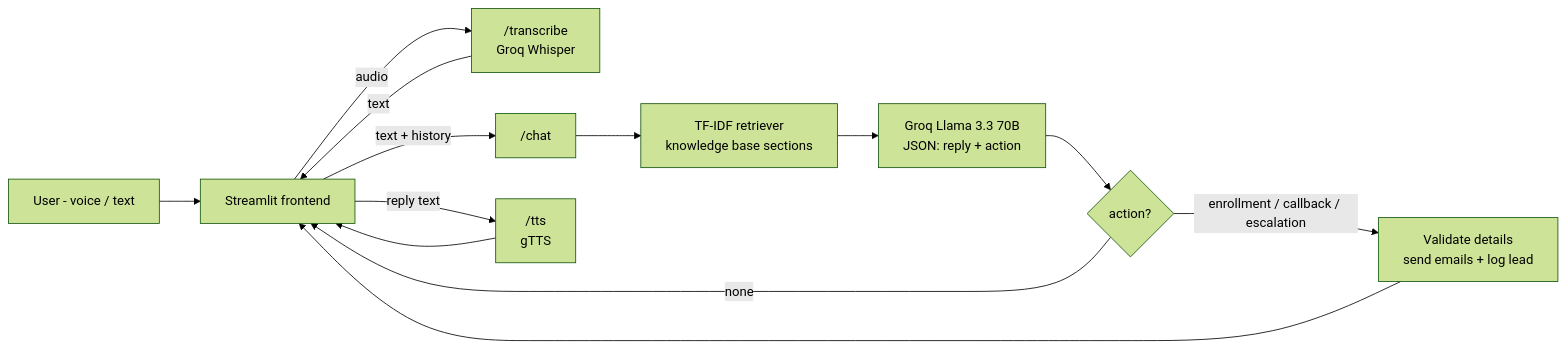
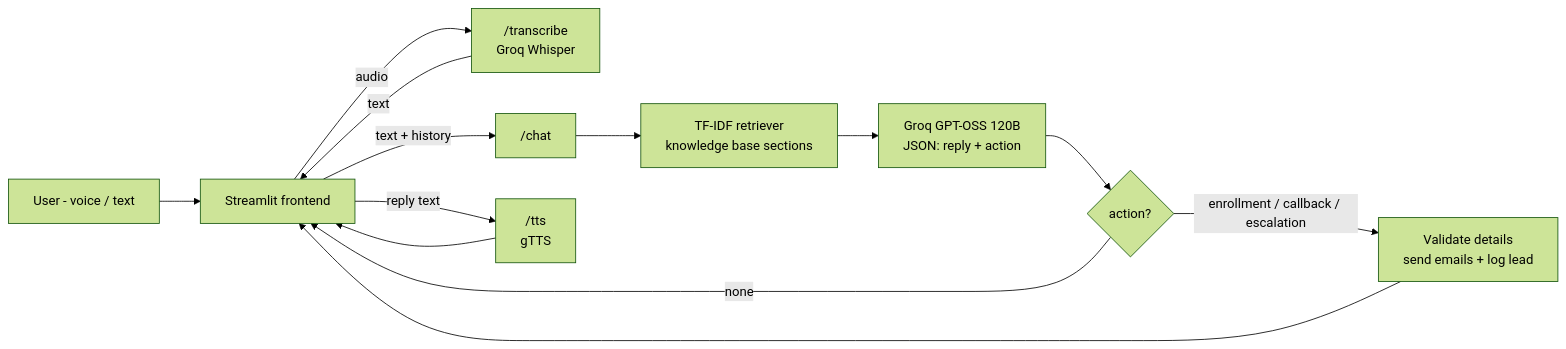
One commit to Pragatheswar-72/evo11ve-voice-assistant changed the diagram in README.md. Above: the diagram before and after it, drawn with Mermaid (forest theme). The commit also changed other lines of this file and 1 other file, not shown here.

Commit message:
Switch to gpt-oss-120b (llama-3.3-70b retired on Groq)

````diff
--- a/README.md
+++ b/README.md
@@ -28,13 +28,13 @@
 ```mermaid
 flowchart LR
     U[User - voice / text] --> S[Streamlit frontend]
     S -- audio --> T["/transcribe<br/>Groq Whisper"] -- text --> S
     S -- text + history --> C["/chat"]
     C --> R[TF-IDF retriever<br/>knowledge base sections]
-    R --> L[Groq Llama 3.3 70B<br/>JSON: reply + action]
+    R --> L[Groq GPT-OSS 120B<br/>JSON: reply + action]
     L --> V{action?}
     V -- none --> S
     V -- enrollment / callback / escalation --> E[Validate details<br/>send emails + log lead]
     E --> S
     S -- reply text --> TTS["/tts<br/>gTTS"] --> S
 ```
````
